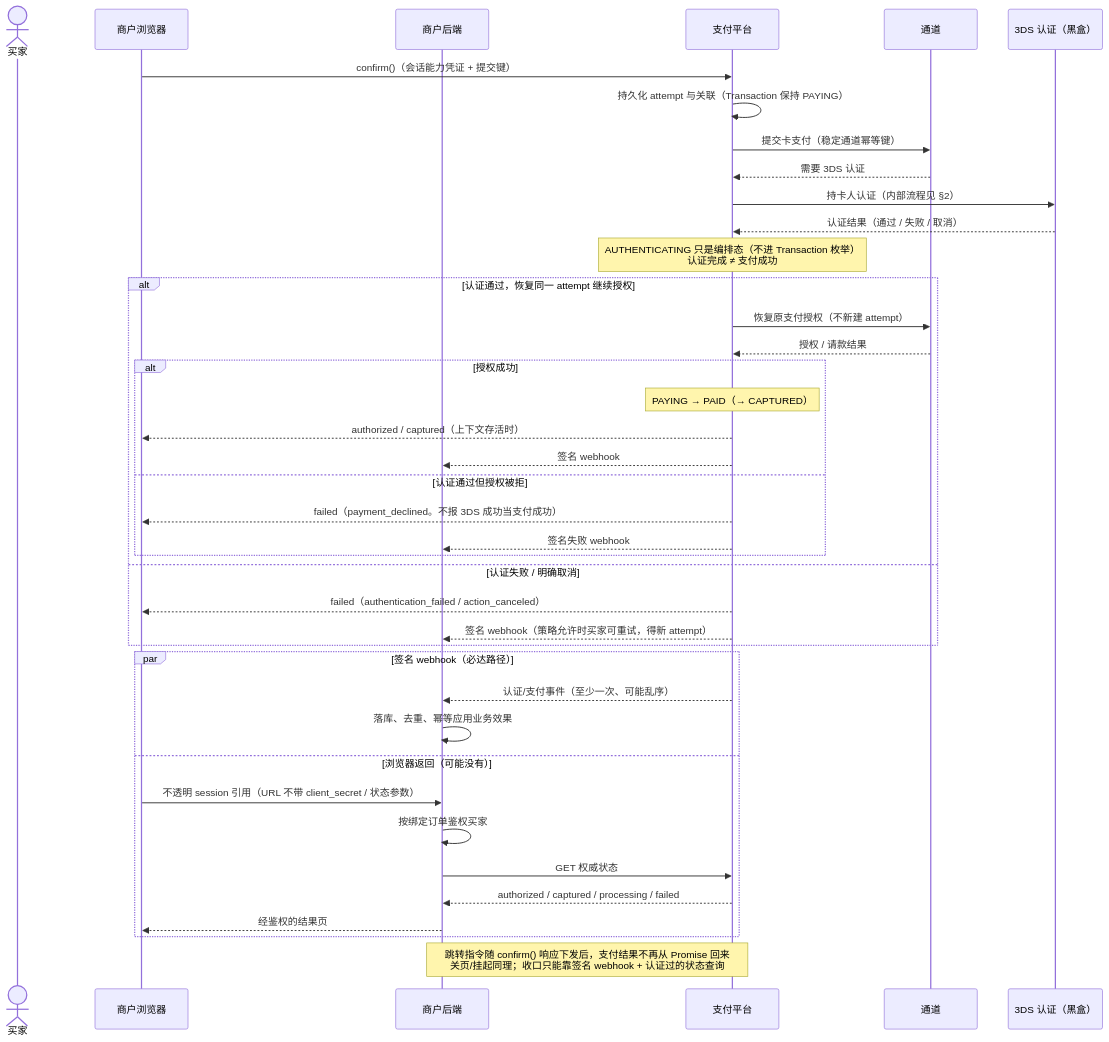
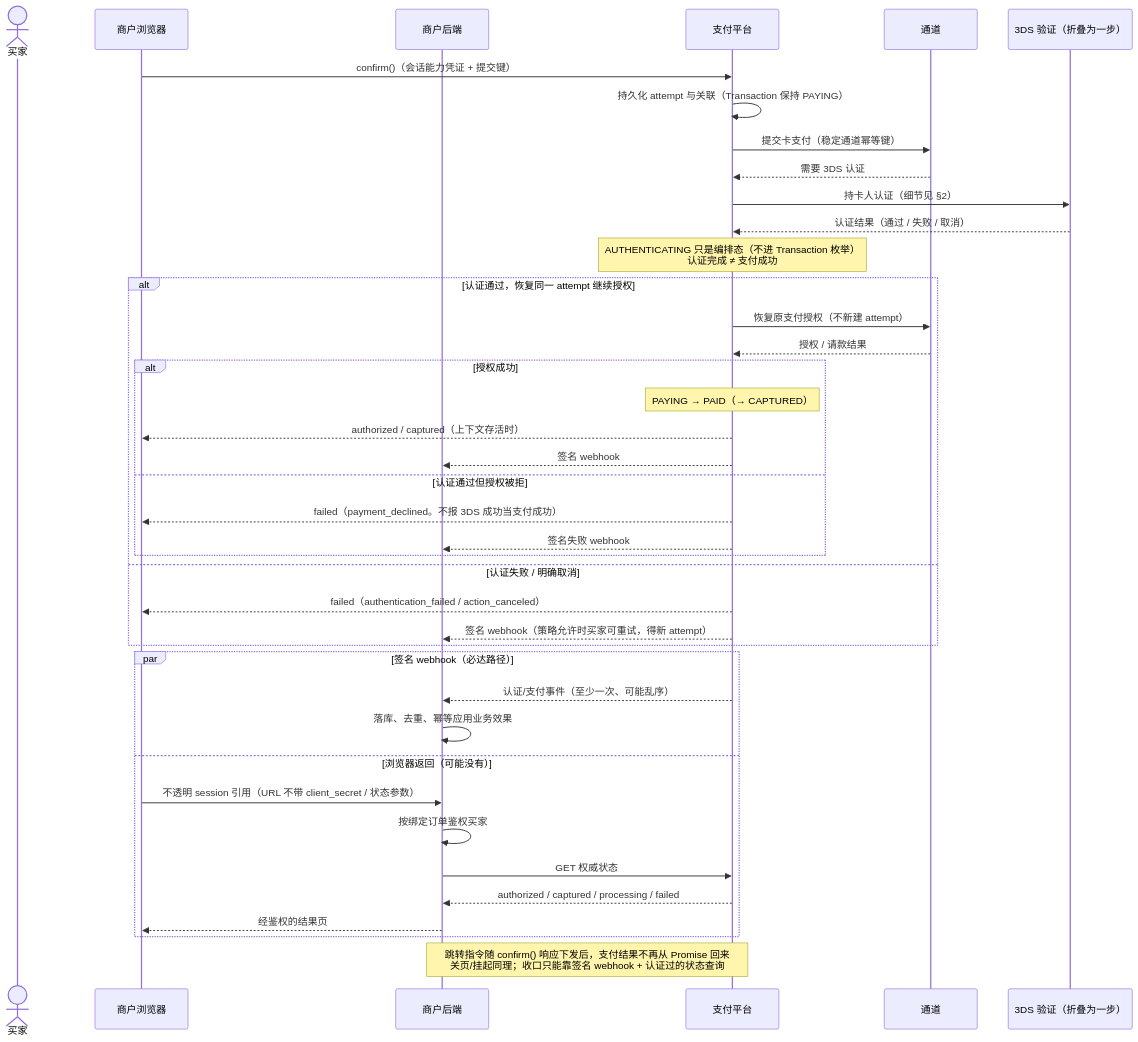
One commit to 1aboveio/wallet-architecture changed the second of 6 diagrams in docs/payment-element-auth-integration-design.md. Above: the diagram before and after it, drawn with Mermaid. The commit also changed other lines of this file and 1 other file, not shown here.

````diff
--- a/docs/payment-element-auth-integration-design.md
+++ b/docs/payment-element-auth-integration-design.md
@@ -90,46 +90,46 @@
 ```mermaid
 sequenceDiagram
     actor Buyer as 买家
     participant Browser as 商户浏览器
     participant Backend as 商户后端
     participant Platform as 支付平台
     participant Processor as 通道
-    participant DS3 as 3DS 认证（黑盒）
+    participant DS3 as 3DS 验证（折叠为一步）
 
     Browser->>Platform: confirm()（会话能力凭证 + 提交键）
     Platform->>Platform: 持久化 attempt 与关联（Transaction 保持 PAYING）
     Platform->>Processor: 提交卡支付（稳定通道幂等键）
     Processor-->>Platform: 需要 3DS 认证
-    Platform->>DS3: 持卡人认证（内部流程见 §2）
+    Platform->>DS3: 持卡人认证（细节见 §2）
     DS3-->>Platform: 认证结果（通过 / 失败 / 取消）
     Note over Platform: AUTHENTICATING 只是编排态（不进 Transaction 枚举）<br/>认证完成 ≠ 支付成功
 
     alt 认证通过，恢复同一 attempt 继续授权
         Platform->>Processor: 恢复原支付授权（不新建 attempt）
         Processor-->>Platform: 授权 / 请款结果
         alt 授权成功
             Note over Platform: PAYING → PAID（→ CAPTURED）
             Platform-->>Browser: authorized / captured（上下文存活时）
             Platform-->>Backend: 签名 webhook
         else 认证通过但授权被拒
             Platform-->>Browser: failed（payment_declined。不报 3DS 成功当支付成功）
             Platform-->>Backend: 签名失败 webhook
         end
     else 认证失败 / 明确取消
         Platform-->>Browser: failed（authentication_failed / action_canceled）
         Platform-->>Backend: 签名 webhook（策略允许时买家可重试，得新 attempt）
     end
 
     par 签名 webhook（必达路径）
         Platform-->>Backend: 认证/支付事件（至少一次、可能乱序）
         Backend->>Backend: 落库、去重、幂等应用业务效果
     and 浏览器返回（可能没有）
         Browser->>Backend: 不透明 session 引用（URL 不带 client_secret / 状态参数）
         Backend->>Backend: 按绑定订单鉴权买家
         Backend->>Platform: GET 权威状态
         Platform-->>Backend: authorized / captured / processing / failed
         Backend-->>Browser: 经鉴权的结果页
     end
 
     Note over Platform,Backend: 跳转指令随 confirm() 响应下发后，支付结果不再从 Promise 回来<br/>关页/挂起同理；收口只能靠签名 webhook + 认证过的状态查询
 ```
````
